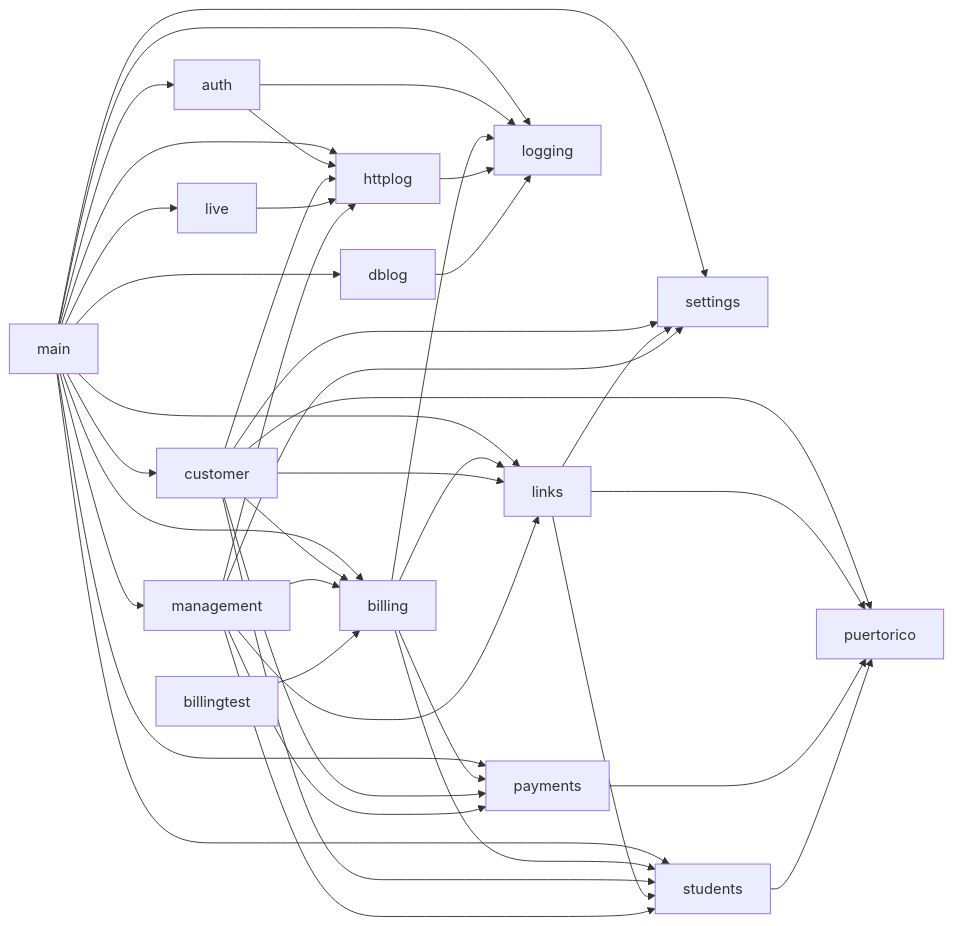
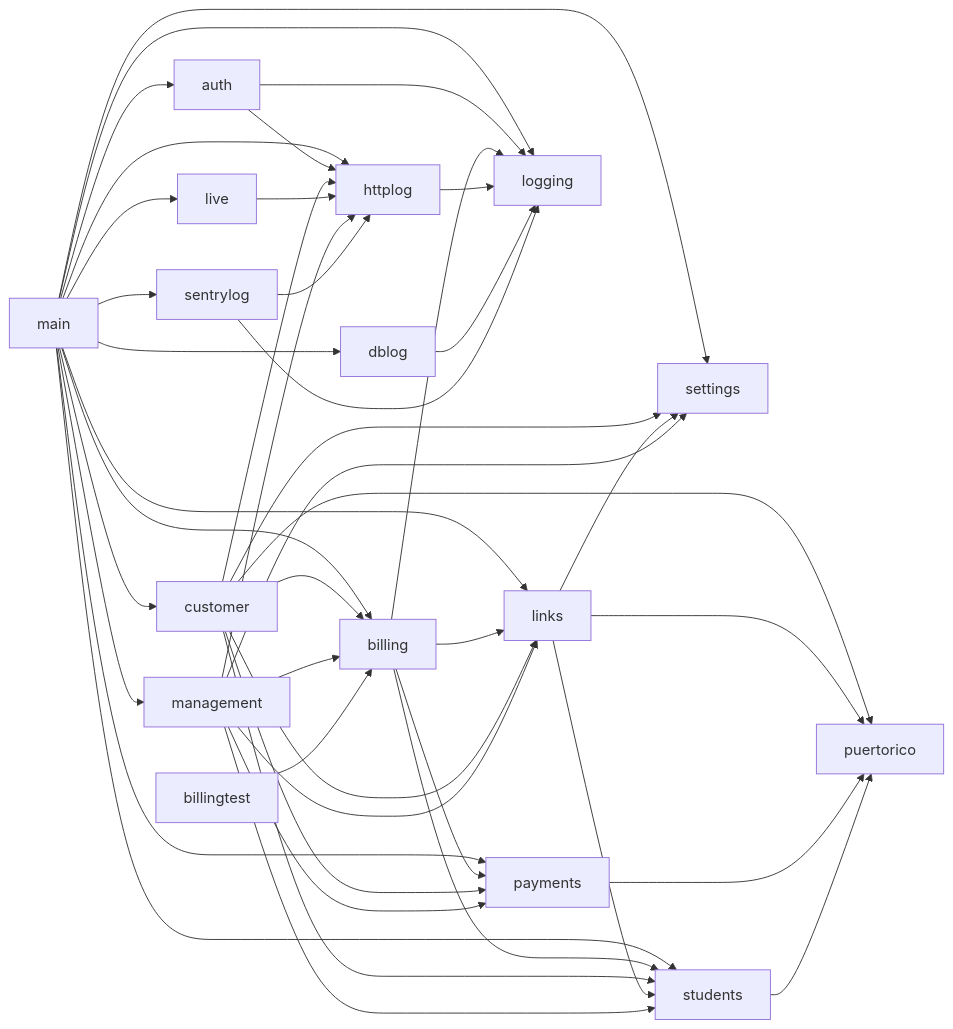
The second of 3 diagrams in docs/architecture.md (devGabriel131/ProjectHermes), drawn with Mermaid before and after one commit. The commit also changed other lines of this file and 13 other files, not shown here.

````diff
--- a/docs/architecture.md
+++ b/docs/architecture.md
@@ -52,43 +52,46 @@
 ```mermaid
 flowchart LR
   main --> auth
   main --> billing
   main --> customer
   main --> links
   main --> live
   main --> logging
   main --> dblog
   main --> httplog
+  main --> sentrylog
   main --> management
   main --> payments
   main --> settings
   main --> students
   auth --> logging
   auth --> httplog
   billing --> links
   billing --> logging
   billing --> payments
   billing --> students
   customer --> billing
   customer --> links
   customer --> httplog
   customer --> payments
   customer --> puertorico
   customer --> settings
   customer --> students
   links --> puertorico
   links --> settings
   links --> students
   live --> httplog
   management --> billing
   management --> links
   management --> httplog
   management --> payments
   management --> settings
   management --> students
   httplog --> logging
   dblog --> logging
+  sentrylog --> logging
+  sentrylog --> httplog
   payments --> puertorico
   students --> puertorico
   billingtest --> billing
 ```
````
